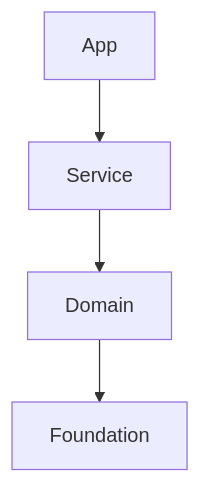
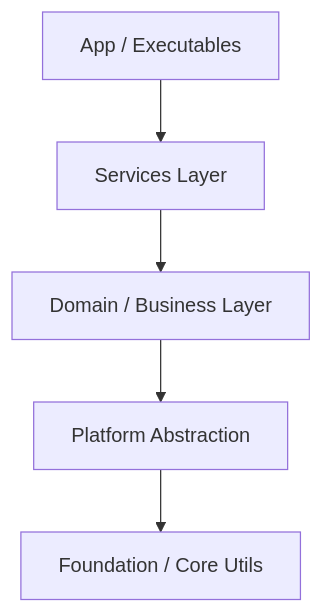
The diagram in docs/dev_docs/C++_plan_template.md (CodingRookie98/FaceFusionCpp), drawn with Mermaid before and after one commit. The commit also changed other lines of this file and 2 other files, not shown here.

````diff
--- a/docs/dev_docs/C++_plan_template.md
+++ b/docs/dev_docs/C++_plan_template.md
@@ -50,9 +71,10 @@
 ```mermaid
 graph TD
-    App --> Service
-    Service --> Domain
-    Domain --> Foundation
+    App[App / Executables] --> Services[Services Layer]
+    Services --> Domain[Domain / Business Layer]
+    Domain --> Platform[Platform Abstraction]
+    Platform --> Foundation[Foundation / Core Utils]
 
     %% 在此补充具体的模块依赖
     %% moduleA --> moduleB
 ```
````
